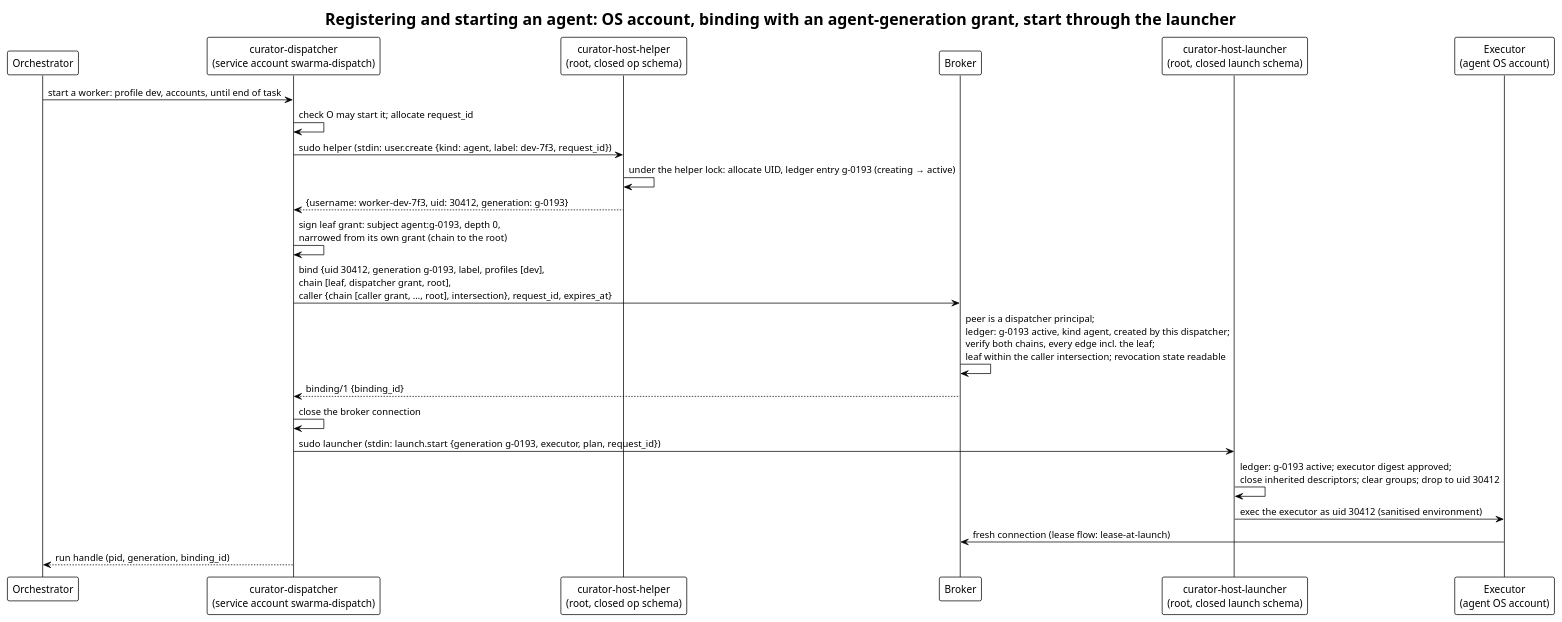
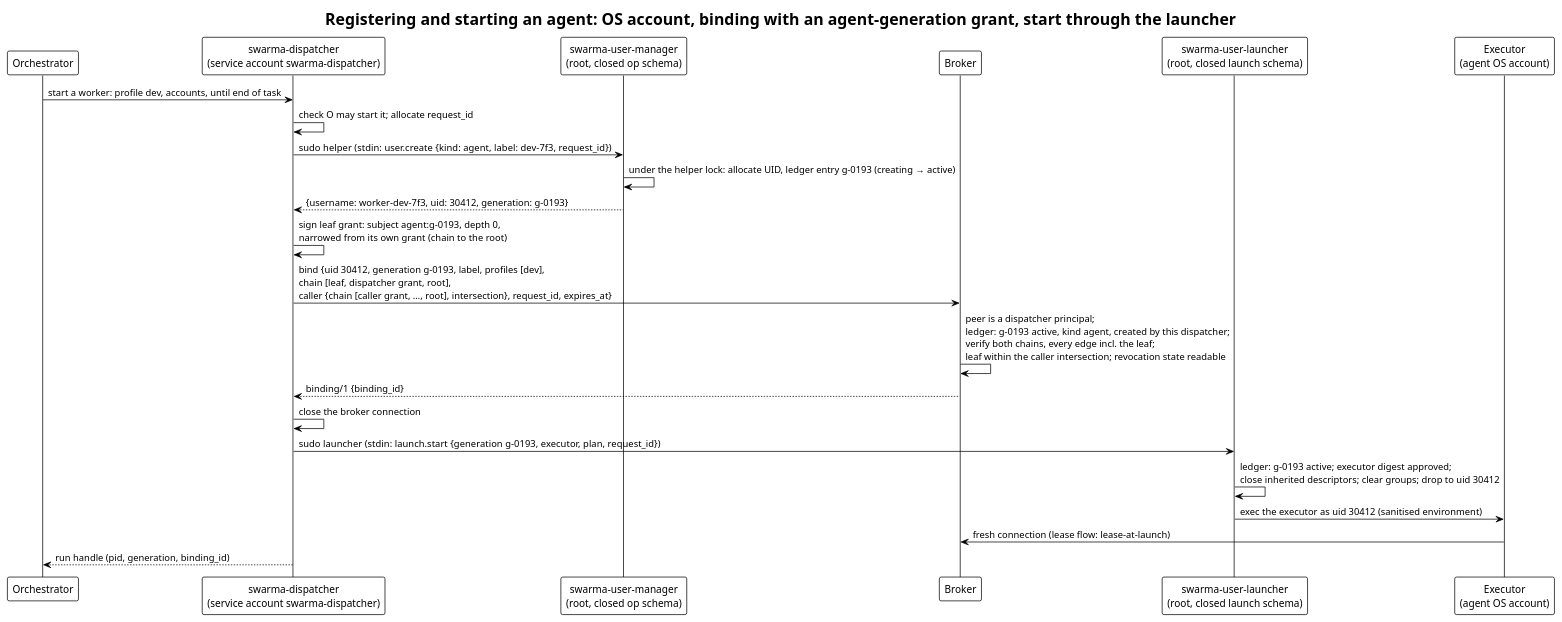
Before and after one commit to relux-works/curator-credential-broker: the diagram in diagrams/agent-registration.puml, drawn with PlantUML. The commit also changed 4 other files, not shown here.

```diff
--- a/diagrams/agent-registration.puml
+++ b/diagrams/agent-registration.puml
@@ -1,27 +1,27 @@
 @startuml agent-registration
 !theme plain
 title Registering and starting an agent: OS account, binding with an agent-generation grant, start through the launcher
 
 participant "Orchestrator" as O
-participant "curator-dispatcher\n(service account swarma-dispatch)" as D
-participant "curator-host-helper\n(root, closed op schema)" as H
+participant "swarma-dispatcher\n(service account swarma-dispatcher)" as D
+participant "swarma-user-manager\n(root, closed op schema)" as H
 participant "Broker" as B
-participant "curator-host-launcher\n(root, closed launch schema)" as L
+participant "swarma-user-launcher\n(root, closed launch schema)" as L
 participant "Executor\n(agent OS account)" as E
 
 O -> D: start a worker: profile dev, accounts, until end of task
 D -> D: check O may start it; allocate request_id
 D -> H: sudo helper  (stdin: user.create {kind: agent, label: dev-7f3, request_id})
 H -> H: under the helper lock: allocate UID, ledger entry g-0193 (creating → active)
 H --> D: {username: worker-dev-7f3, uid: 30412, generation: g-0193}
 D -> D: sign leaf grant: subject agent:g-0193, depth 0,\nnarrowed from its own grant (chain to the root)
 D -> B: bind {uid 30412, generation g-0193, label, profiles [dev],\nchain [leaf, dispatcher grant, root],\ncaller {chain [caller grant, …, root], intersection}, request_id, expires_at}
 B -> B: peer is a dispatcher principal;\nledger: g-0193 active, kind agent, created by this dispatcher;\nverify both chains, every edge incl. the leaf;\nleaf within the caller intersection; revocation state readable
 B --> D: binding/1 {binding_id}
 D -> D: close the broker connection
 D -> L: sudo launcher  (stdin: launch.start {generation g-0193, executor, plan, request_id})
 L -> L: ledger: g-0193 active; executor digest approved;\nclose inherited descriptors; clear groups; drop to uid 30412
 L -> E: exec the executor as uid 30412 (sanitised environment)
 E -> B: fresh connection (lease flow: lease-at-launch)
 D --> O: run handle (pid, generation, binding_id)
 @enduml
```
